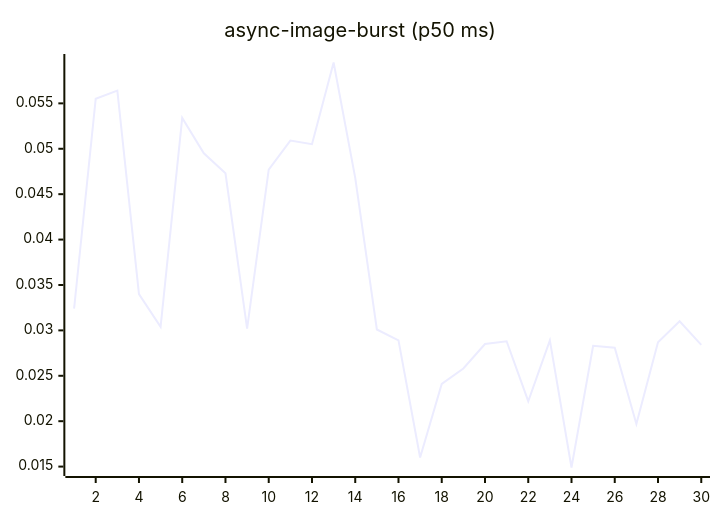
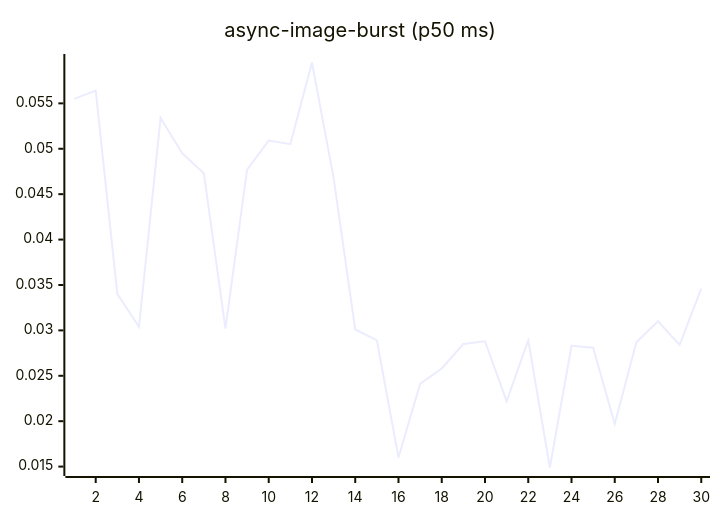
Before and after one commit to josha/Facet: the fourth of 27 diagrams in README.md, drawn with Mermaid. The commit also changed other lines of this file and 2 other files, not shown here.

````diff
--- a/README.md
+++ b/README.md
@@ -84,6 +84,6 @@
 ```mermaid
 xychart-beta
     title "async-image-burst (p50 ms)"
     x-axis 1 --> 30
-    line [0.0324, 0.0555, 0.0564, 0.0340, 0.0304, 0.0534, 0.0495, 0.0473, 0.0302, 0.0477, 0.0509, 0.0505, 0.0595, 0.0468, 0.0301, 0.0289, 0.0160, 0.0241, 0.0258, 0.0285, 0.0288, 0.0222, 0.0289, 0.0149, 0.0283, 0.0281, 0.0197, 0.0287, 0.0310, 0.0284]
+    line [0.0555, 0.0564, 0.0340, 0.0304, 0.0534, 0.0495, 0.0473, 0.0302, 0.0477, 0.0509, 0.0505, 0.0595, 0.0468, 0.0301, 0.0289, 0.0160, 0.0241, 0.0258, 0.0285, 0.0288, 0.0222, 0.0289, 0.0149, 0.0283, 0.0281, 0.0197, 0.0287, 0.0310, 0.0284, 0.0346]
 ```
````
